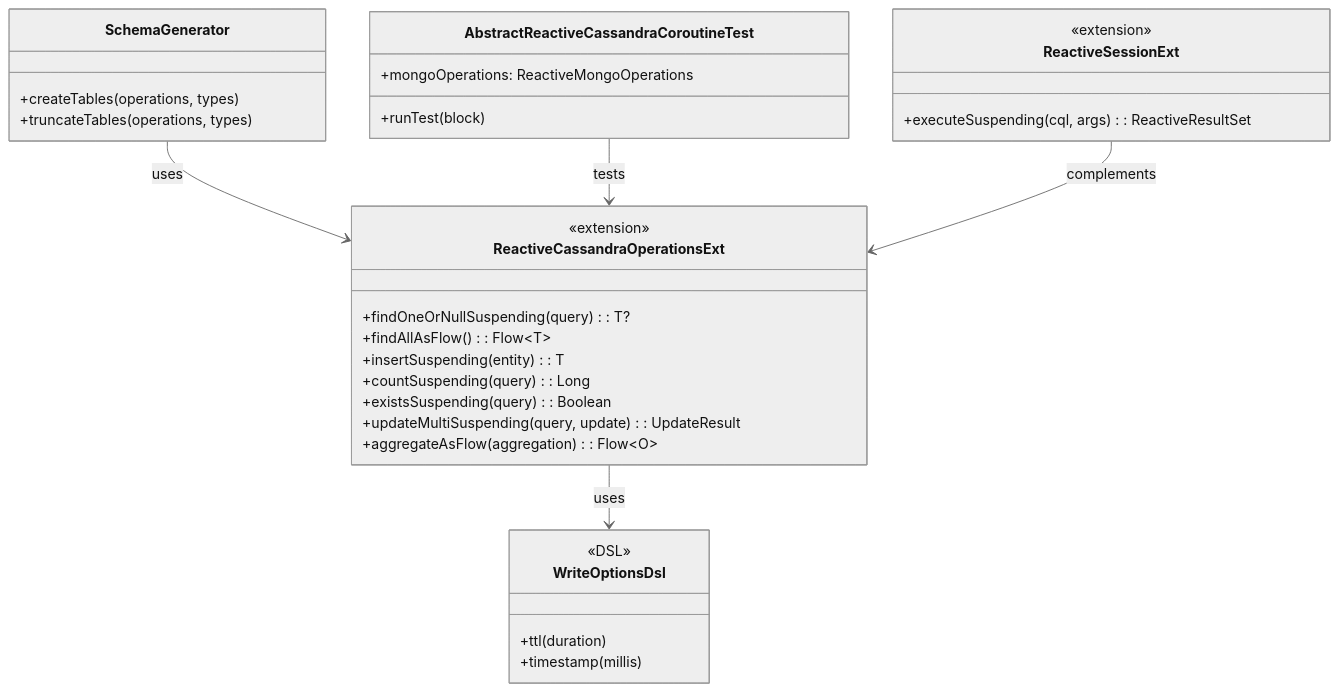
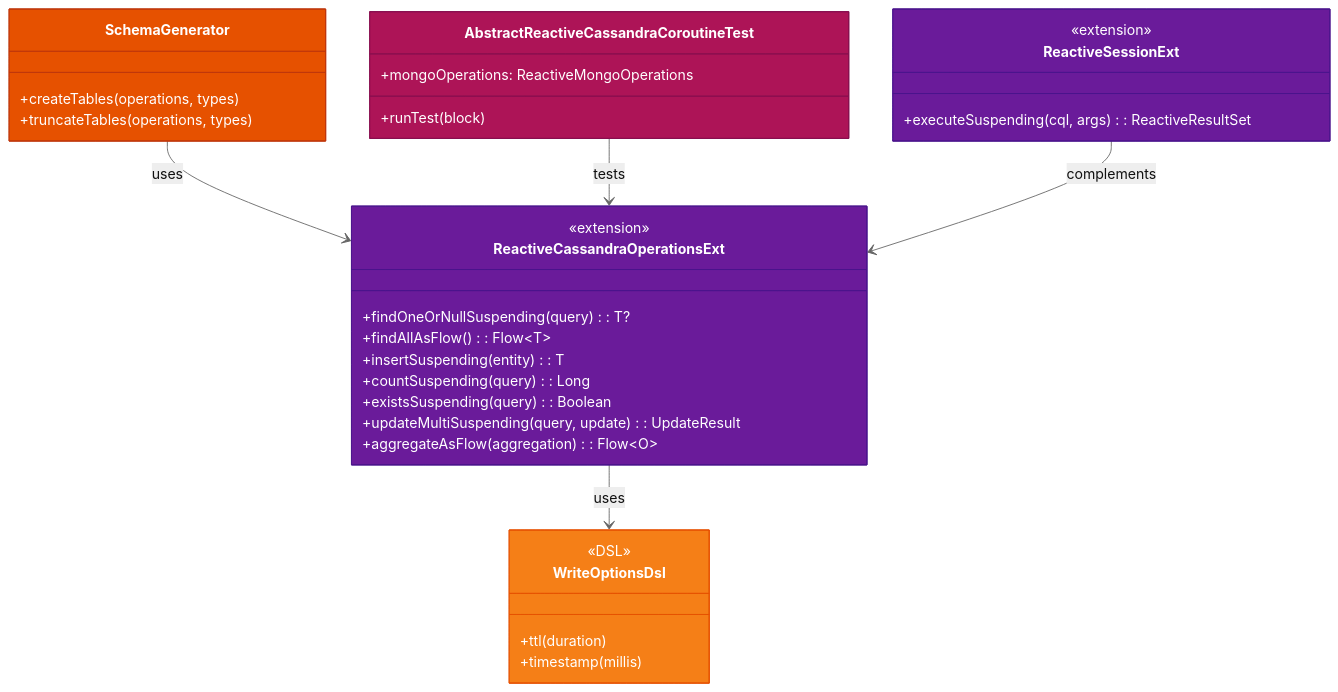
One commit to bluetape4k/bluetape4k-projects changed the first of 3 diagrams in spring-boot3/cassandra/README.ko.md. Above: the diagram before and after it, drawn with Mermaid (neutral theme). The commit also changed other lines of this file and 221 other files, not shown here.

First line of the commit message:
docs: 전체 모듈 README UML 다이어그램 보강 및 색상 업그레이드

````diff
--- a/spring-boot3/cassandra/README.ko.md
+++ b/spring-boot3/cassandra/README.ko.md
@@ -41,35 +41,41 @@
 ```mermaid
 classDiagram
     class ReactiveCassandraOperationsExt {
         <<extension>>
         +findOneOrNullSuspending(query): T?
         +findAllAsFlow(): Flow~T~
         +insertSuspending(entity): T
         +countSuspending(query): Long
         +existsSuspending(query): Boolean
         +updateMultiSuspending(query, update): UpdateResult
         +aggregateAsFlow(aggregation): Flow~O~
     }
     class ReactiveSessionExt {
         <<extension>>
         +executeSuspending(cql, args): ReactiveResultSet
     }
     class WriteOptionsDsl {
         <<DSL>>
         +ttl(duration)
         +timestamp(millis)
     }
     class SchemaGenerator {
         +createTables(operations, types)
         +truncateTables(operations, types)
     }
     class AbstractReactiveCassandraCoroutineTest {
         +mongoOperations: ReactiveMongoOperations
         +runTest(block)
     }
 
     ReactiveCassandraOperationsExt --> WriteOptionsDsl : uses
     SchemaGenerator --> ReactiveCassandraOperationsExt : uses
     AbstractReactiveCassandraCoroutineTest --> ReactiveCassandraOperationsExt : tests
     ReactiveSessionExt --> ReactiveCassandraOperationsExt : complements
+
+    style ReactiveCassandraOperationsExt fill:#6A1B9A,stroke:#4A148C,color:#FFFFFF
+    style ReactiveSessionExt fill:#6A1B9A,stroke:#4A148C,color:#FFFFFF
+    style WriteOptionsDsl fill:#F57F17,stroke:#E65100,color:#FFFFFF
+    style SchemaGenerator fill:#E65100,stroke:#BF360C,color:#FFFFFF
+    style AbstractReactiveCassandraCoroutineTest fill:#AD1457,stroke:#880E4F,color:#FFFFFF
 ```
````
